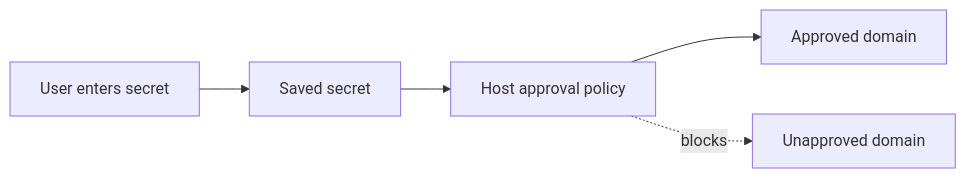
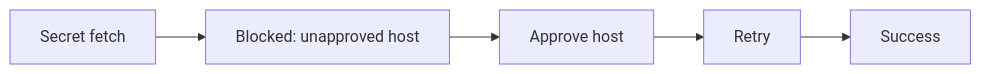
One commit to kentcdodds/kody changed the second of 2 diagrams in docs/talks/kody-mcp-runtime/slides.md. Above: the diagram before and after it, drawn with Mermaid. The commit also changed other lines of this file, not shown here.

````diff
--- a/docs/talks/kody-mcp-runtime/slides.md
+++ b/docs/talks/kody-mcp-runtime/slides.md
@@ -169,7 +169,7 @@
 ```mermaid
 flowchart LR
-  user[User enters secret] --> vault[Saved secret]
-  vault --> policy[Host approval policy]
-  policy --> approved[Approved domain]
-  policy -. blocks .-> denied[Unapproved domain]
+  fetch[Secret fetch] --> blocked[Blocked: unapproved host]
+  blocked --> approve[Approve host]
+  approve --> retry[Retry]
+  retry --> success[Success]
 ```
````
